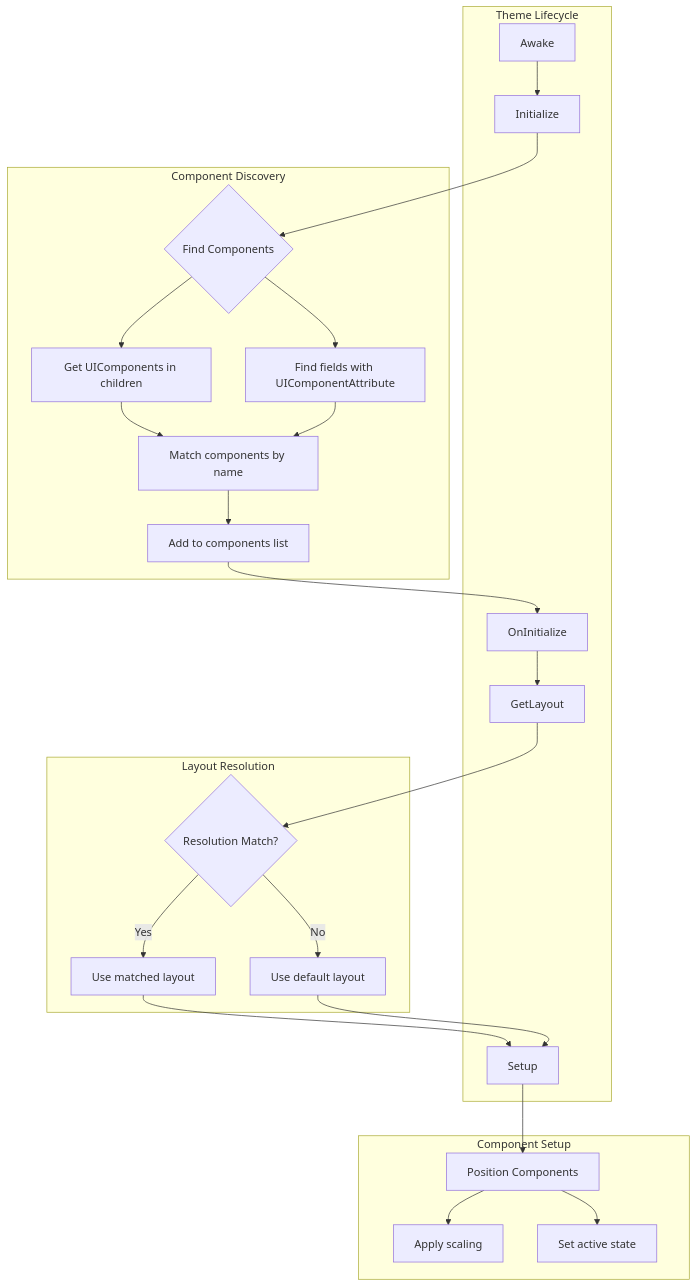
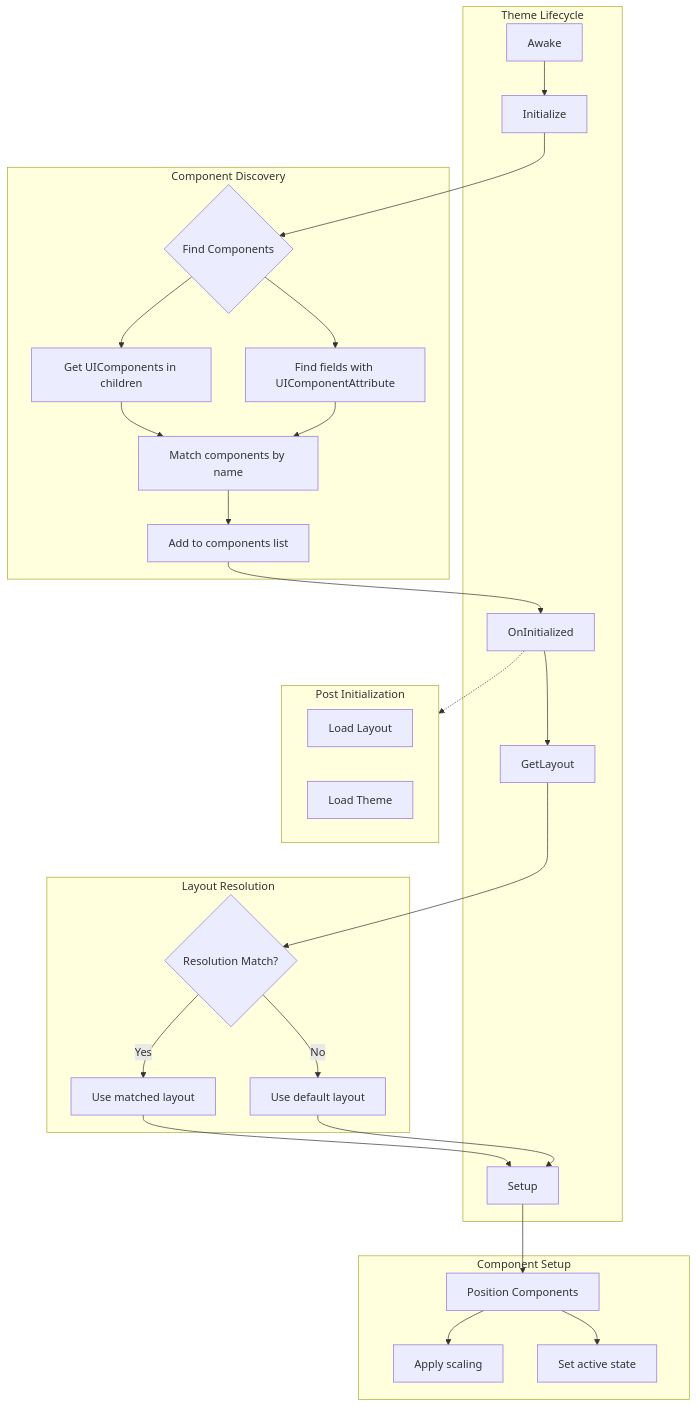
One commit to nvnamsss/Seyren changed the diagram in docs/theme.md. Above: the diagram before and after it, drawn with Mermaid. The commit also changed other lines of this file, not shown here.

Commit message:
feat(docs): Update Theme Process Pipeline documentation with enhanced flowchart and add Post Initialization subgraph

````diff
--- a/docs/theme.md
+++ b/docs/theme.md
@@ -7,48 +7,57 @@
 ```mermaid
 flowchart TD
     A[Awake] --> B[Initialize]
     B --> C{Find Components}
     C --> D[Get UIComponents in children]
     C --> E[Find fields with UIComponentAttribute]
     D --> F[Match components by name]
     E --> F
     F --> G[Add to components list]
-    G --> H[OnInitialize]
-    H --> I[GetLayout]
+    G --> H[OnInitialized]
+    
+    H -.-> PostInit
+    H --> I
+    I[GetLayout]
+    
     I --> J{Resolution Match?}
     J -->|Yes| K[Use matched layout]
     J -->|No| L[Use default layout]
     K --> M[Setup]
     L --> M
     M --> N[Position Components]
     N --> O[Apply scaling]
     N --> P[Set active state]
 
     subgraph Theme Lifecycle
     A
     B
     H
     I
     M
     end
 
     subgraph Component Discovery
     C
     D
     E
     F
     G
     end
 
     subgraph Layout Resolution
     J
     K
     L
     end
 
     subgraph Component Setup
     N
     O
     P
     end
+    
+    subgraph PostInit[Post Initialization]
+        Z1[Load Layout]
+        Z2[Load Theme]
+    end
 ```
````
